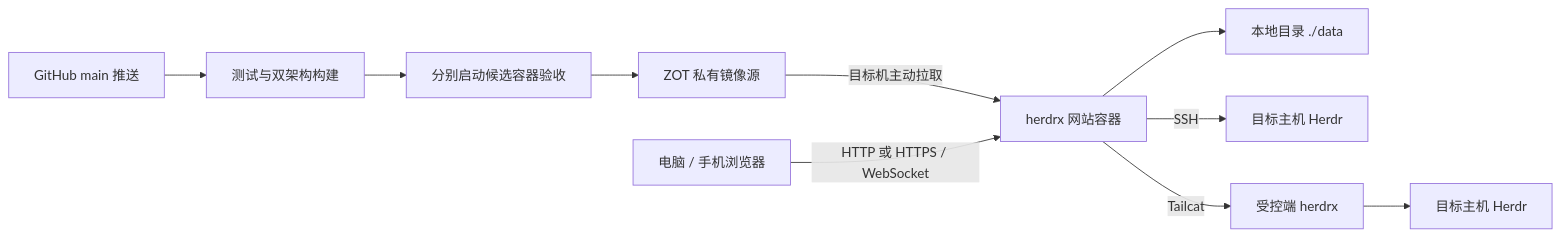
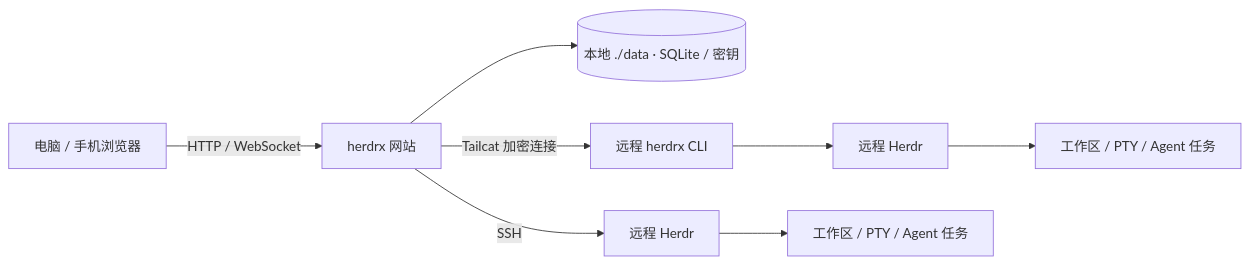
Before and after one commit to riba2534/herdrx: the diagram in README.md, drawn with Mermaid. The commit also changed other lines of this file and 55 other files, not shown here.

````diff
--- a/README.md
+++ b/README.md
@@ -154,12 +155,10 @@
 ```mermaid
 flowchart LR
-  Git[GitHub main 推送] --> CI[测试与双架构构建]
-  CI --> Smoke[分别启动候选容器验收]
-  Smoke --> ZOT[ZOT 私有镜像源]
-  ZOT -->|目标机主动拉取| Server[herdrx 网站容器]
-  Browser[电脑 / 手机浏览器] -->|HTTP 或 HTTPS / WebSocket| Server
-  Server --> Data[本地目录 ./data]
-  Server -->|SSH| HerdrA[目标主机 Herdr]
-  Server -->|Tailcat| CLI[受控端 herdrx]
-  CLI --> HerdrB[目标主机 Herdr]
+  Browser[电脑 / 手机浏览器] -->|HTTP / WebSocket| Web[herdrx 网站]
+  Web --> Data[(本地 ./data · SQLite / 密钥)]
+  Web -->|SSH| HerdrA[远程 Herdr]
+  Web -->|Tailcat 加密连接| CLI[远程 herdrx CLI]
+  CLI --> HerdrB[远程 Herdr]
+  HerdrA --> TasksA[工作区 / PTY / Agent 任务]
+  HerdrB --> TasksB[工作区 / PTY / Agent 任务]
 ```
````
